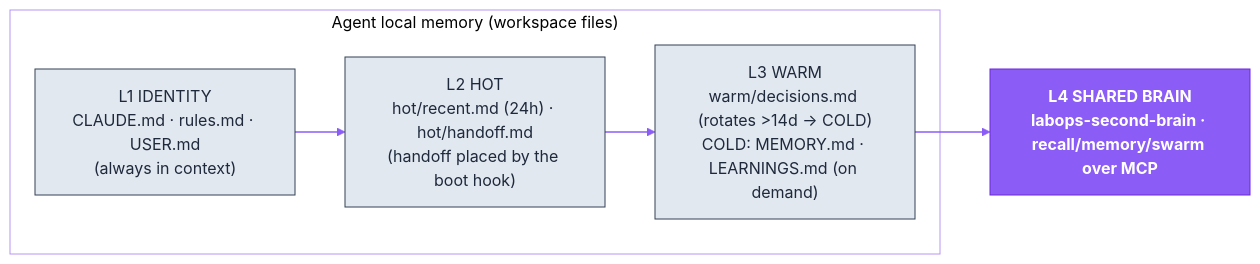
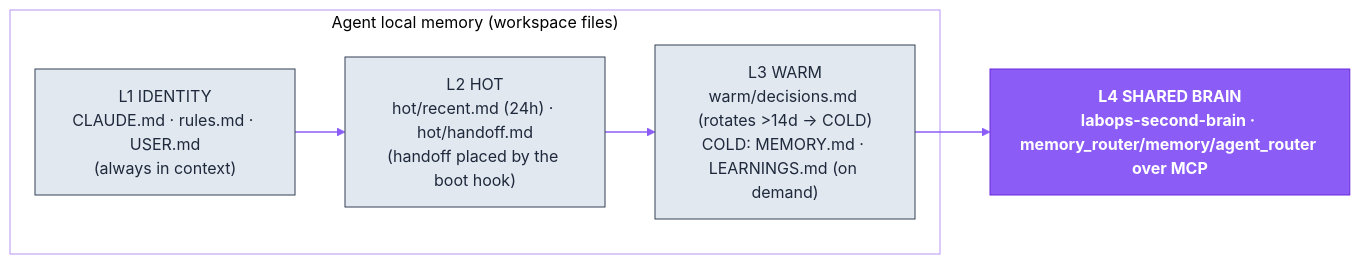
Before and after one commit to dediukhinpa/labops-agent-architecture: the third of 4 diagrams in README.md, drawn with Mermaid. The commit also changed other lines of this file and 38 other files, not shown here.

First line of the commit message:
Переименовать MCP-серверы: recall → memory_router, swarm → agent_router

````diff
--- a/README.md
+++ b/README.md
@@ -213,18 +213,18 @@
 ```mermaid
 %%{init: {'theme':'base','themeVariables':{'primaryColor':'#EDE9FE','primaryTextColor':'#4C1D95','primaryBorderColor':'#8B5CF6','lineColor':'#8B5CF6','secondaryColor':'#F1F5F9','tertiaryColor':'#ffffff','clusterBkg':'transparent','clusterBorder':'#B794F4','fontFamily':'Helvetica,Arial,sans-serif'}}}%%
 flowchart LR
   subgraph local["Agent local memory (workspace files)"]
     L1["L1 IDENTITY<br/>CLAUDE.md · rules.md · USER.md<br/>(always in context)"]
     L2["L2 HOT<br/>hot/recent.md (24h) · hot/handoff.md<br/>(handoff placed by the boot hook)"]
     L3["L3 WARM<br/>warm/decisions.md (rotates >14d → COLD)<br/>COLD: MEMORY.md · LEARNINGS.md (on demand)"]
   end
-  L4["L4 SHARED BRAIN<br/>labops-second-brain · recall/memory/swarm over MCP"]
+  L4["L4 SHARED BRAIN<br/>labops-second-brain · memory_router/memory/agent_router over MCP"]
   L1 --> L2 --> L3 --> L4
   classDef brand fill:#8B5CF6,stroke:#6D28D9,color:#ffffff,font-weight:bold
   classDef ext fill:#CCFBF1,stroke:#0D9488,color:#0F766E
   classDef store fill:#FEF3C7,stroke:#D97706,color:#92400E
   classDef sys fill:#E2E8F0,stroke:#334155,color:#1E293B
   linkStyle default stroke:#8B5CF6,stroke-width:1.5px
   class L4 brand
   class L1,L2,L3 sys
 ```
````
